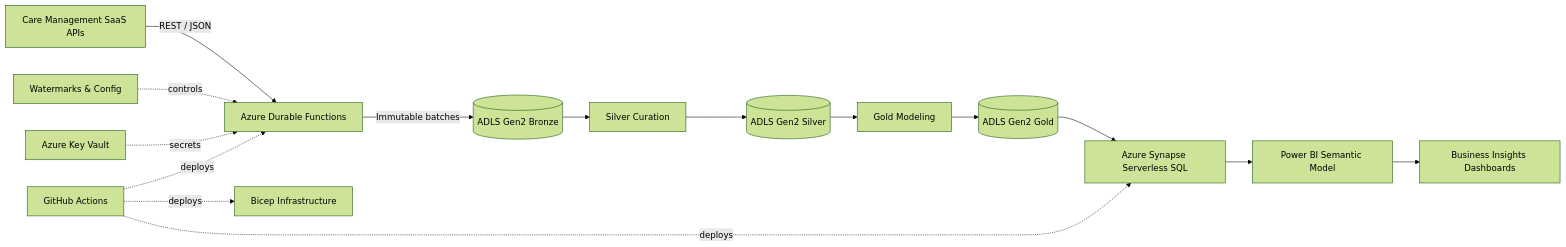
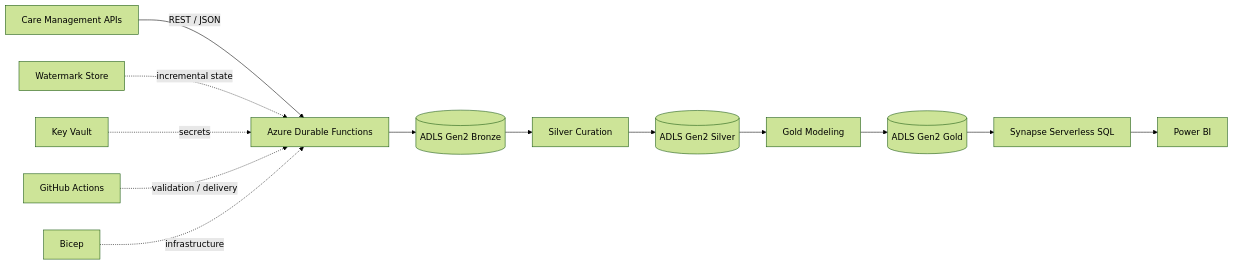
One commit to hooriaakhann/Homecare-Business-Insights-Platform changed the diagram in README.md. Above: the diagram before and after it, drawn with Mermaid (forest theme). The commit also changed other lines of this file and 33 other files, not shown here.

````diff
--- a/README.md
+++ b/README.md
@@ -32,18 +32,16 @@
 ```mermaid
 flowchart LR
-    A[Care Management SaaS APIs] -->|REST / JSON| B[Azure Durable Functions]
-    B -->|Immutable batches| C[(ADLS Gen2 Bronze)]
+    A[Care Management APIs] -->|REST / JSON| B[Azure Durable Functions]
+    B --> C[(ADLS Gen2 Bronze)]
     C --> D[Silver Curation]
     D --> E[(ADLS Gen2 Silver)]
     E --> F[Gold Modeling]
     F --> G[(ADLS Gen2 Gold)]
-    G --> H[Azure Synapse Serverless SQL]
-    H --> I[Power BI Semantic Model]
-    I --> J[Business Insights Dashboards]
+    G --> H[Synapse Serverless SQL]
+    H --> I[Power BI]
 
-    K[Watermarks & Config] -. controls .-> B
-    L[Azure Key Vault] -. secrets .-> B
-    M[GitHub Actions] -. deploys .-> B
-    M -. deploys .-> H
-    M -. deploys .-> N[Bicep Infrastructure]
+    J[Watermark Store] -. incremental state .-> B
+    K[Key Vault] -. secrets .-> B
+    L[GitHub Actions] -. validation / delivery .-> B
+    M[Bicep] -. infrastructure .-> B
 ```
````
